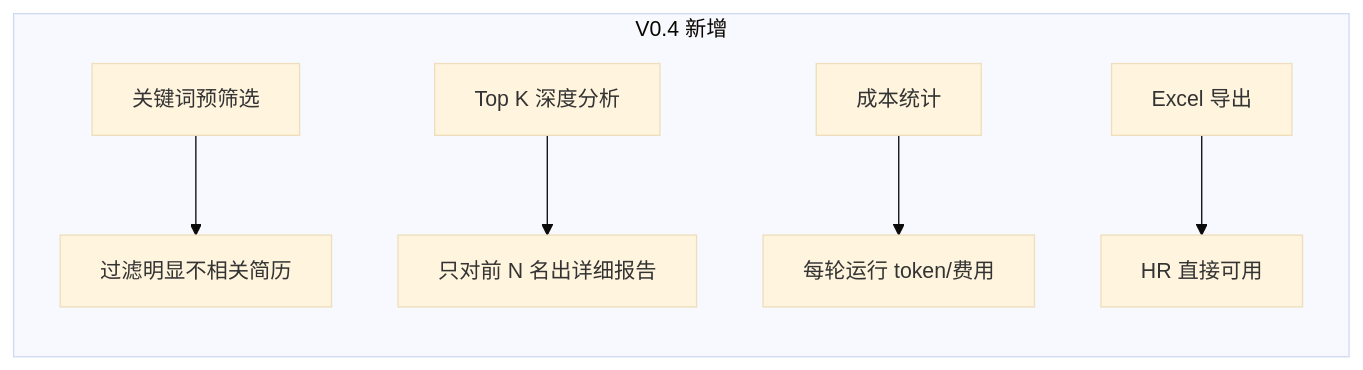
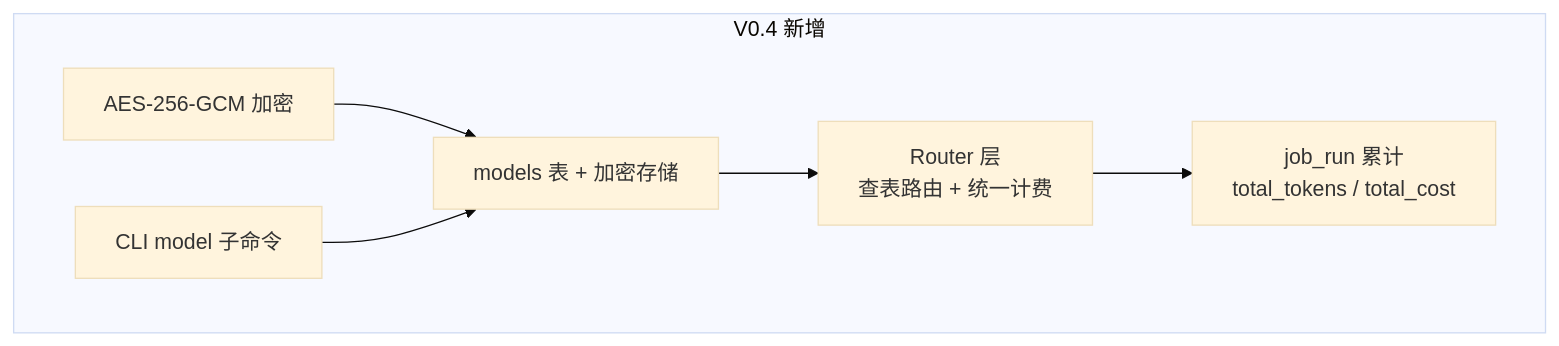
Before and after one commit to MT-SUPER-POWER/ResumeAgent: the fifth of 6 diagrams in docs/roadmap.md, drawn with Mermaid (base theme). The commit also changed other lines of this file and 1 other file, not shown here.

Commit message:
docs(api): add V1.0 REST API design spec, update roadmap with Phase 1/2 split

````diff
--- a/docs/roadmap.md
+++ b/docs/roadmap.md
@@ -167,9 +172,10 @@
 ```mermaid
 flowchart LR
   subgraph V04["V0.4 新增"]
-    A["关键词预筛选"] --> B["过滤明显不相关简历"]
-    C["Top K 深度分析"] --> D["只对前 N 名出详细报告"]
-    E["成本统计"] --> F["每轮运行 token/费用"]
-    G["Excel 导出"] --> H["HR 直接可用"]
+    direction LR
+    A["models 表 + 加密存储"] --> B["Router 层<br/>查表路由 + 统一计费"]
+    C["AES-256-GCM 加密"] --> A
+    B --> D["job_run 累计<br/>total_tokens / total_cost"]
+    E["CLI model 子命令"] --> A
   end
 ```
````
